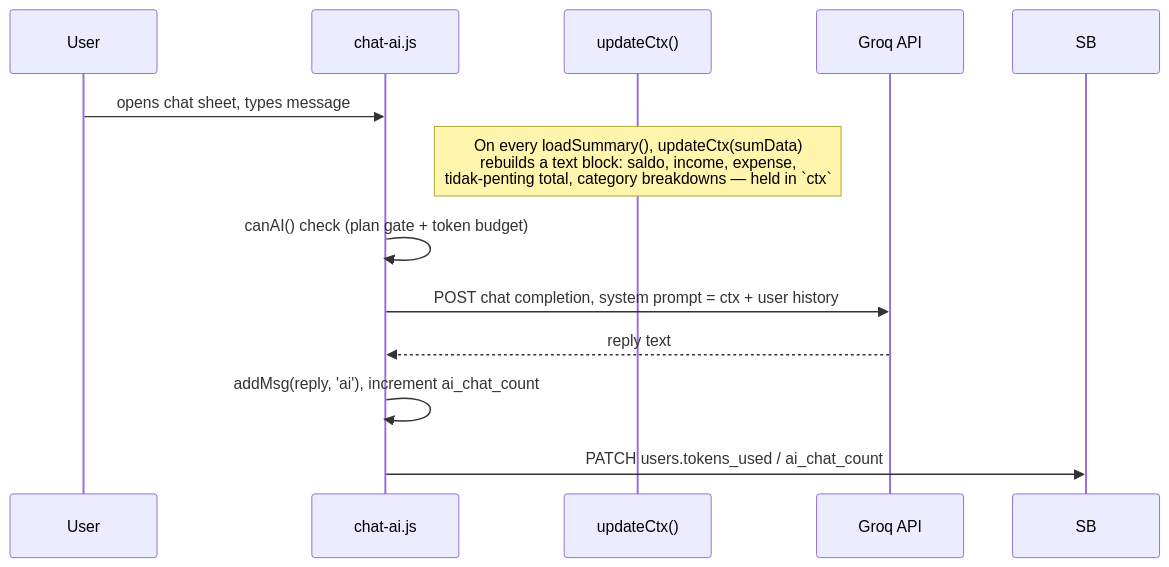
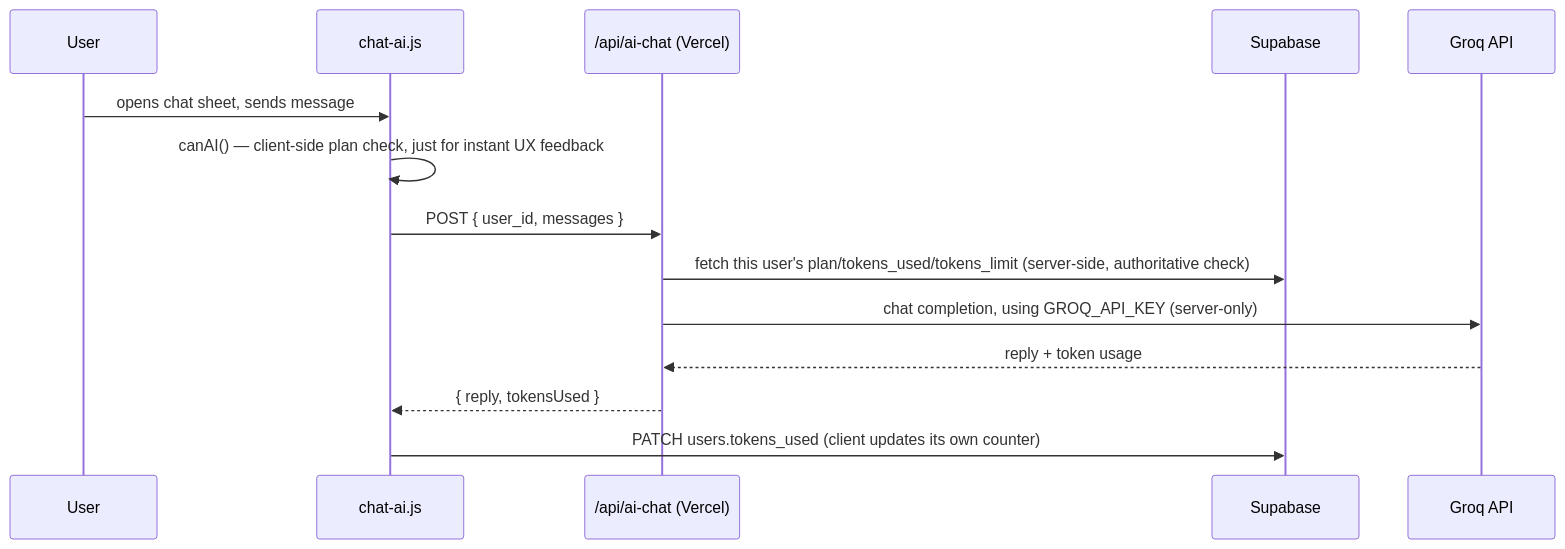
The first of 2 diagrams in ai.md (fadhillahmaurizky-crypto/ai-finance-app), drawn with Mermaid before and after one commit. The commit also changed other lines of this file and 10 other files, not shown here.

````diff
--- a/ai.md
+++ b/ai.md
@@ -7,15 +7,17 @@
 ```mermaid
 sequenceDiagram
     participant U as User
     participant UI as chat-ai.js
-    participant CTX as updateCtx()
+    participant API as /api/ai-chat (Vercel)
+    participant SB as Supabase
     participant GROQ as Groq API
 
-    U->>UI: opens chat sheet, types message
-    Note over CTX: On every loadSummary(), updateCtx(sumData)<br/>rebuilds a text block: saldo, income, expense,<br/>tidak-penting total, category breakdowns — held in `ctx`
-    UI->>UI: canAI() check (plan gate + token budget)
-    UI->>GROQ: POST chat completion, system prompt = ctx + user history
-    GROQ-->>UI: reply text
-    UI->>UI: addMsg(reply, 'ai'), increment ai_chat_count
-    UI->>SB: PATCH users.tokens_used / ai_chat_count
+    U->>UI: opens chat sheet, sends message
+    UI->>UI: canAI() — client-side plan check, just for instant UX feedback
+    UI->>API: POST { user_id, messages }
+    API->>SB: fetch this user's plan/tokens_used/tokens_limit (server-side, authoritative check)
+    API->>GROQ: chat completion, using GROQ_API_KEY (server-only)
+    GROQ-->>API: reply + token usage
+    API-->>UI: { reply, tokensUsed }
+    UI->>SB: PATCH users.tokens_used (client updates its own counter)
 ```
````
